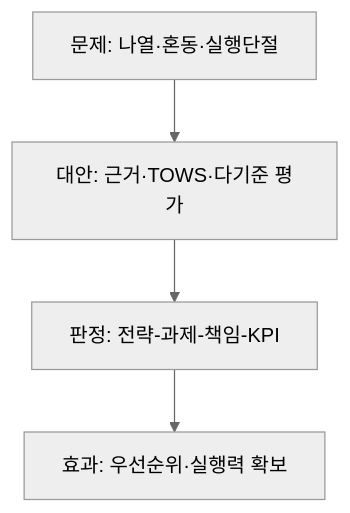
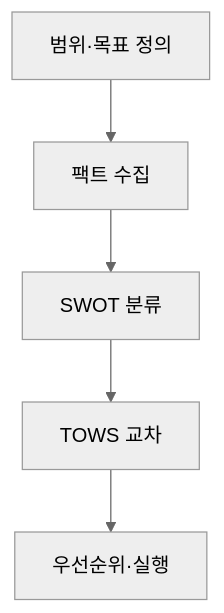
One commit to agnusdei1207/study changed the third of 3 diagrams in src/content/docs/notes/itpe/01-it-strategy/034_swot_analysis.md. Above: the diagram before and after it, drawn with Mermaid (neutral theme). The commit also changed other lines of this file and 19 other files, not shown here.

````diff
--- a/src/content/docs/notes/itpe/01-it-strategy/034_swot_analysis.md
+++ b/src/content/docs/notes/itpe/01-it-strategy/034_swot_analysis.md
@@ -98,5 +103,7 @@
 ```mermaid
 flowchart TD
-    A["문제: 나열·혼동·실행단절"] --> B["대안: 근거·TOWS·다기준 평가"]
-    B --> C["판정: 전략-과제-책임-KPI"] --> D["효과: 우선순위·실행력 확보"]
+    A["범위·목표 정의"] --> B["팩트 수집"]
+    B --> C["SWOT 분류"]
+    C --> D["TOWS 교차"]
+    D --> E["우선순위·실행"]
 ```
````
